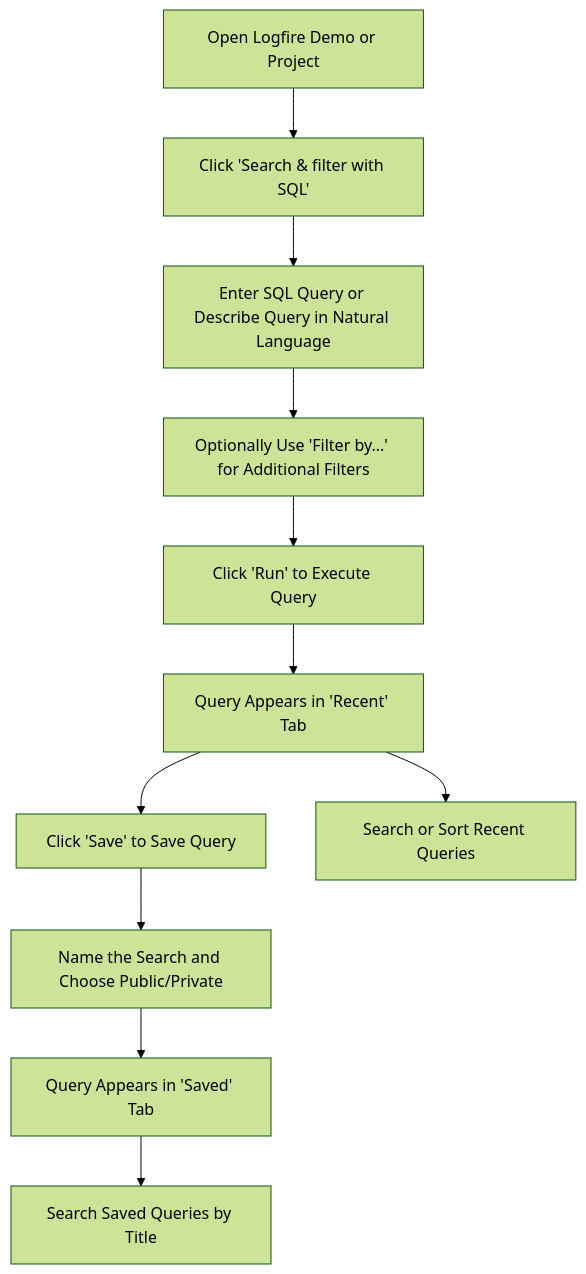
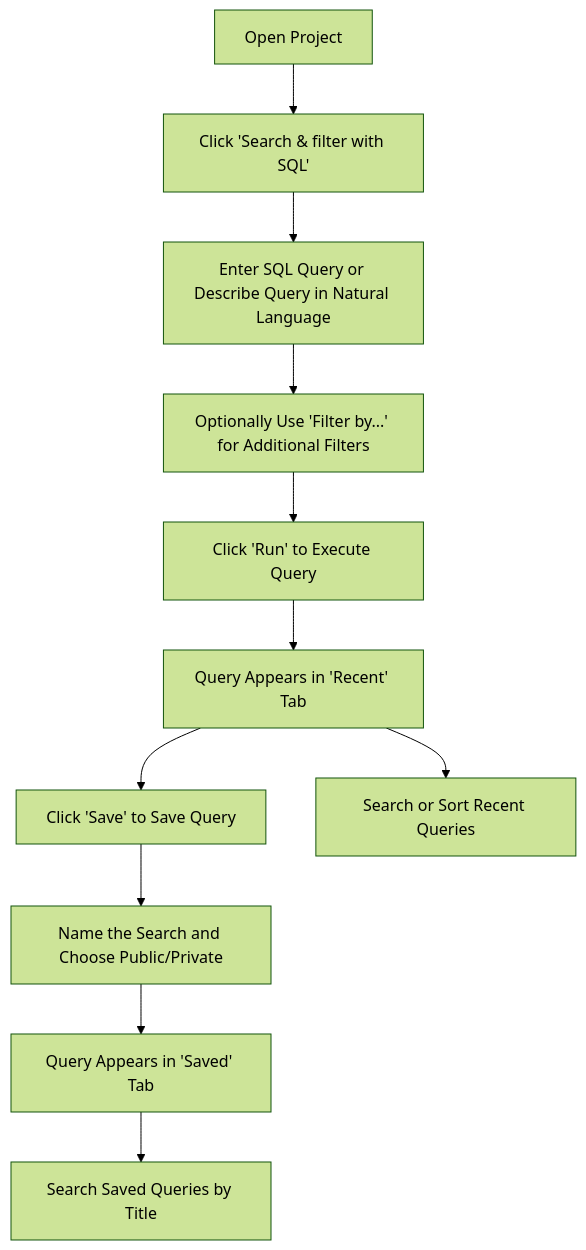
Before and after one commit to pydantic/logfire: the diagram in docs/guides/web-ui/saved-searches.md, drawn with Mermaid (forest theme). The commit also changed other lines of this file, not shown here.

Commit message:
docs: remove references to discontinued hosted Logfire demo

````diff
--- a/docs/guides/web-ui/saved-searches.md
+++ b/docs/guides/web-ui/saved-searches.md
@@ -66,13 +66,13 @@
 ```mermaid
 flowchart TD
-    A["Open Logfire Demo or Project"] --> B["Click 'Search & filter with SQL'"]
+    A["Open Project"] --> B["Click 'Search & filter with SQL'"]
     B --> C["Enter SQL Query or Describe Query in Natural Language"]
     C --> D["Optionally Use 'Filter by...' for Additional Filters"]
     D --> E["Click 'Run' to Execute Query"]
     E --> F["Query Appears in 'Recent' Tab"]
     F --> G["Click 'Save' to Save Query"]
     G --> H["Name the Search and Choose Public/Private"]
     H --> I["Query Appears in 'Saved' Tab"]
     F --> J["Search or Sort Recent Queries"]
     I --> K["Search Saved Queries by Title"]
 ```
````
